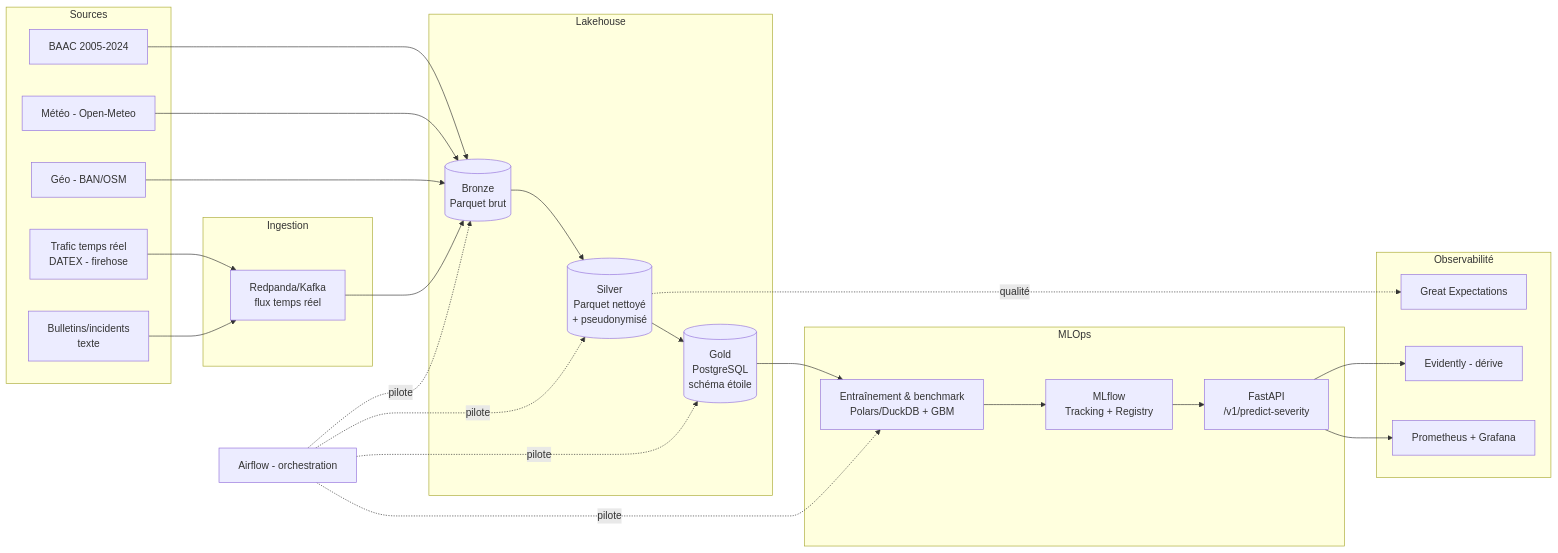
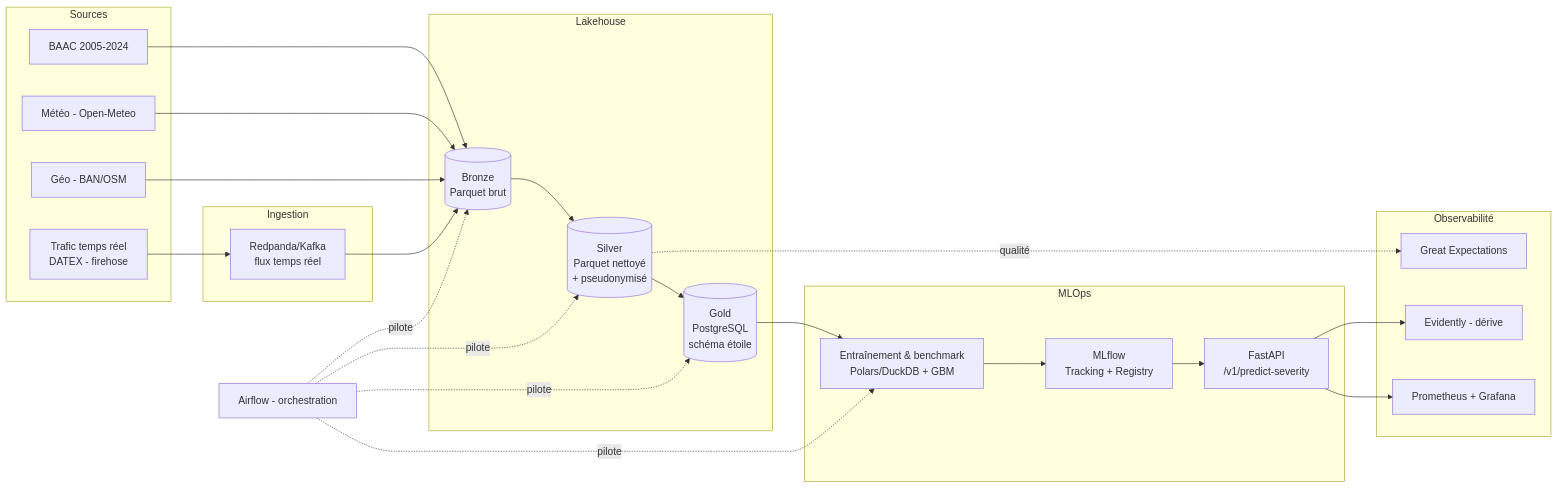
One commit to VigiRoute/gravia changed the first of 4 diagrams in docs/Architecture_GRAVIA.md. Above: the diagram before and after it, drawn with Mermaid. The commit also changed other lines of this file and 4 other files, not shown here.

````diff
--- a/docs/Architecture_GRAVIA.md
+++ b/docs/Architecture_GRAVIA.md
@@ -52,48 +52,46 @@
 ```mermaid
 flowchart LR
     subgraph Sources
         A1[BAAC 2005-2024]
         A2[Météo - Open-Meteo]
         A3[Géo - BAN/OSM]
         A4[Trafic temps réel\nDATEX - firehose]
-        A5[Bulletins/incidents\ntexte]
     end
 
     subgraph Ingestion
         K[Redpanda/Kafka\nflux temps réel]
     end
 
     subgraph Lakehouse
         B[(Bronze\nParquet brut)]
         S[(Silver\nParquet nettoyé\n+ pseudonymisé)]
         G[(Gold\nPostgreSQL\nschéma étoile)]
     end
 
     subgraph MLOps
         M[Entraînement & benchmark\nPolars/DuckDB + GBM]
         R[MLflow\nTracking + Registry]
         API[FastAPI\n/v1/predict-severity]
     end
 
     subgraph Observabilité
         GE[Great Expectations]
         EV[Evidently - dérive]
         PG[Prometheus + Grafana]
     end
 
     A1 --> B
     A2 --> B
     A3 --> B
     A4 --> K --> B
-    A5 --> K
     B --> S --> G
     S -.qualité.-> GE
     G --> M --> R --> API
     API --> EV
     API --> PG
 
     O[Airflow - orchestration] -.pilote.-> B
     O -.pilote.-> S
     O -.pilote.-> G
     O -.pilote.-> M
 ```
````
